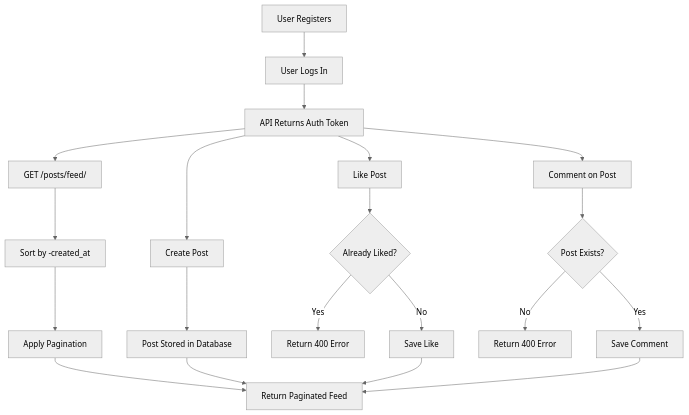
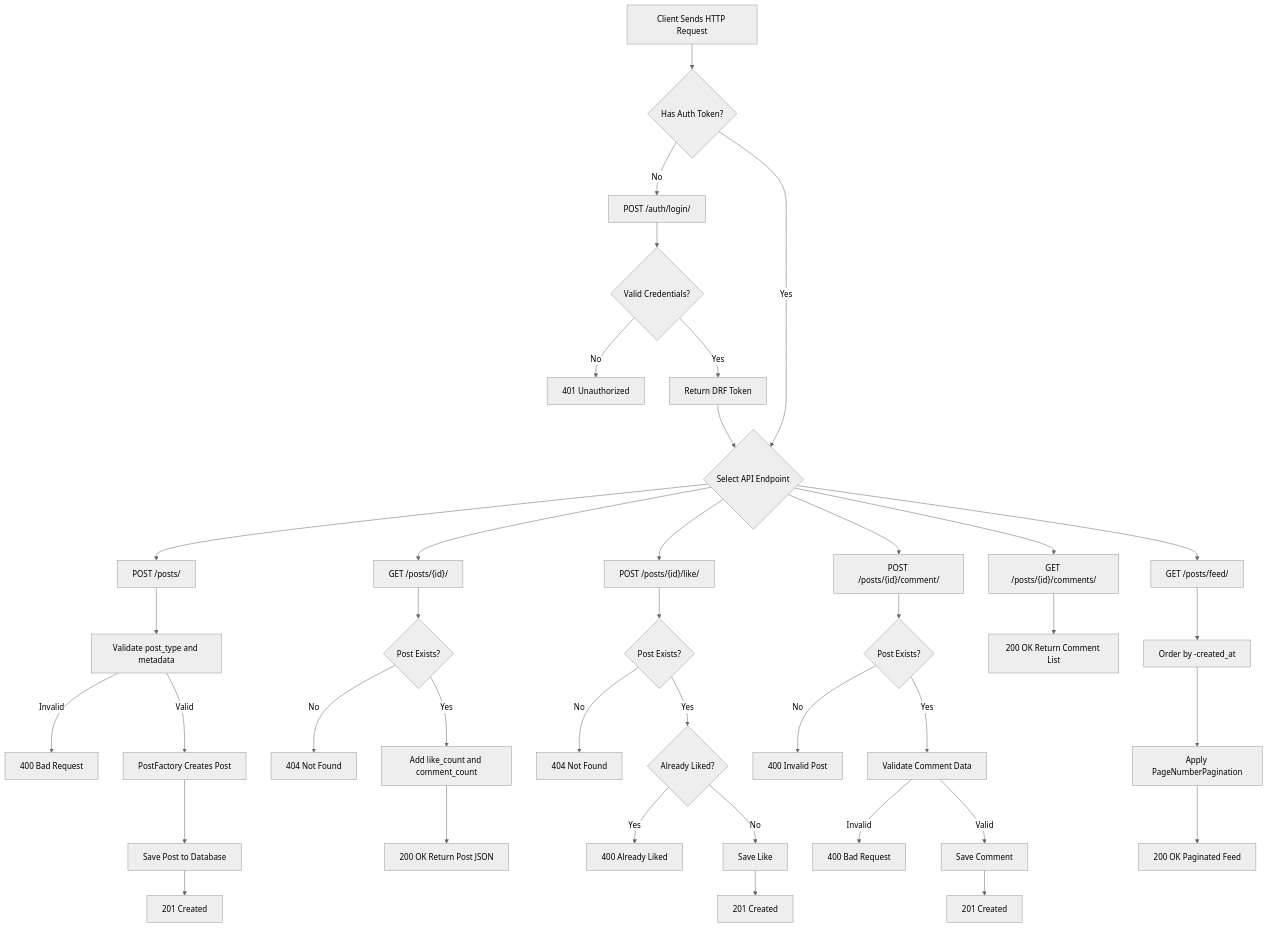
The second of 5 diagrams in README.md (Mihoqr/connectly-rest-api), drawn with Mermaid (neutral theme) before and after one commit.

Commit message:
Update CRUD operations flow in README

````diff
--- a/README.md
+++ b/README.md
@@ -197,27 +197,64 @@
 ```mermaid
 flowchart TD
-    A[User Registers] --> B[User Logs In]
-    B --> C[API Returns Auth Token]
 
-    C --> D[Create Post]
-    D --> E[Post Stored in Database]
+    START[Client Sends HTTP Request] --> AUTH{Has Auth Token?}
 
-    C --> F[Like Post]
-    F --> G{Already Liked?}
-    G -->|No| H[Save Like]
-    G -->|Yes| I[Return 400 Error]
+    %% ================= AUTH =================
 
-    C --> J[Comment on Post]
-    J --> K{Post Exists?}
-    K -->|Yes| L[Save Comment]
-    K -->|No| M[Return 400 Error]
+    AUTH -->|No| LOGIN["POST /auth/login/"]
+    LOGIN --> VALID{Valid Credentials?}
+    VALID -->|No| ERR401["401 Unauthorized"]
+    VALID -->|Yes| TOKEN["Return DRF Token"]
 
-    C --> O[GET /posts/feed/]
-    O --> P[Sort by -created_at]
-    P --> Q[Apply Pagination]
-    Q --> R[Return Paginated Feed]
+    AUTH -->|Yes| ACTION
+    TOKEN --> ACTION{Select API Endpoint}
 
-    E --> R
-    H --> R
-    L --> R
+    %% ================= CREATE POST =================
+
+    ACTION --> CP["POST /posts/"]
+    CP --> CPV[Validate post_type and metadata]
+    CPV -->|Invalid| ERR400A["400 Bad Request"]
+    CPV -->|Valid| FACTORY[PostFactory Creates Post]
+    FACTORY --> SAVEPOST[Save Post to Database]
+    SAVEPOST --> RES201["201 Created"]
+
+    %% ================= GET SINGLE POST =================
+
+    ACTION --> GP["GET /posts/{id}/"]
+    GP --> GPC{Post Exists?}
+    GPC -->|No| ERR404A["404 Not Found"]
+    GPC -->|Yes| ADDCOUNT[Add like_count and comment_count]
+    ADDCOUNT --> RES200A["200 OK Return Post JSON"]
+
+    %% ================= LIKE POST =================
+
+    ACTION --> LP["POST /posts/{id}/like/"]
+    LP --> LPC{Post Exists?}
+    LPC -->|No| ERR404B["404 Not Found"]
+    LPC -->|Yes| DUP{Already Liked?}
+    DUP -->|Yes| ERR400B["400 Already Liked"]
+    DUP -->|No| SAVELIKE[Save Like]
+    SAVELIKE --> RES201B["201 Created"]
+
+    %% ================= COMMENT POST =================
+
+    ACTION --> CM["POST /posts/{id}/comment/"]
+    CM --> CMC{Post Exists?}
+    CMC -->|No| ERR400C["400 Invalid Post"]
+    CMC -->|Yes| VALIDC[Validate Comment Data]
+    VALIDC -->|Invalid| ERR400D["400 Bad Request"]
+    VALIDC -->|Valid| SAVECOM[Save Comment]
+    SAVECOM --> RES201C["201 Created"]
+
+    %% ================= GET COMMENTS =================
+
+    ACTION --> GC["GET /posts/{id}/comments/"]
+    GC --> RES200B["200 OK Return Comment List"]
+
+    %% ================= FEED =================
+
+    ACTION --> FEED["GET /posts/feed/"]
+    FEED --> SORT[Order by -created_at]
+    SORT --> PAGINATE[Apply PageNumberPagination]
+    PAGINATE --> RES200C["200 OK Paginated Feed"]
 ```
````
